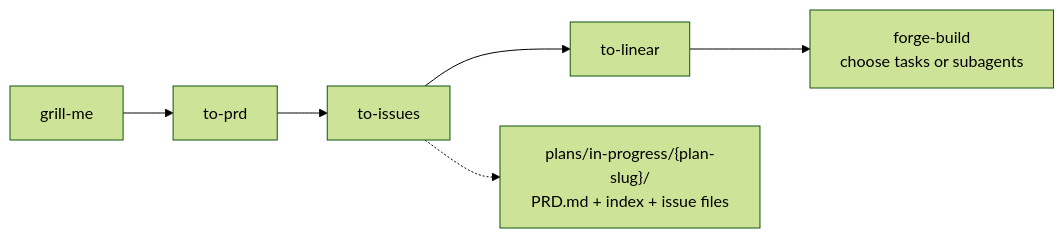
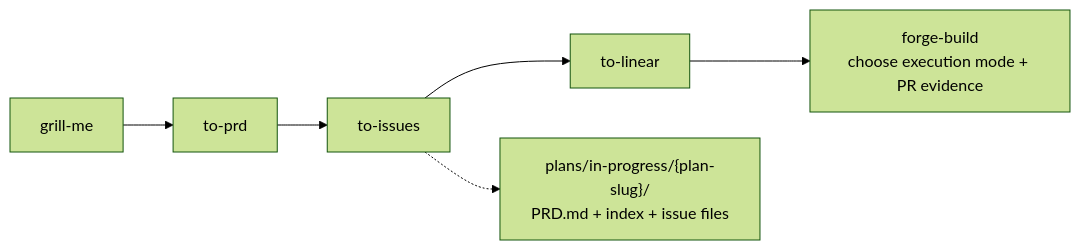
The first of 2 diagrams in ai-dev-workflow/README.md (evan-mavis/skills), drawn with Mermaid (forest theme) before and after one commit. The commit also changed other lines of this file and 29 other files, not shown here.

````diff
--- a/ai-dev-workflow/README.md
+++ b/ai-dev-workflow/README.md
@@ -47,14 +53,14 @@
 ```mermaid
 flowchart LR
   GM["grill-me"]
   PRD["to-prd"]
   ISS["to-issues"]
   LIN["to-linear"]
-  BUILD["forge-build<br/>choose tasks or subagents"]
+  BUILD["forge-build<br/>choose execution mode + PR evidence"]
 
   GM --> PRD
   PRD --> ISS
   ISS --> LIN
   LIN --> BUILD
   ISS -.-> PLAN["plans/in-progress/{plan-slug}/<br/>PRD.md + index + issue files"]
 ```
````
